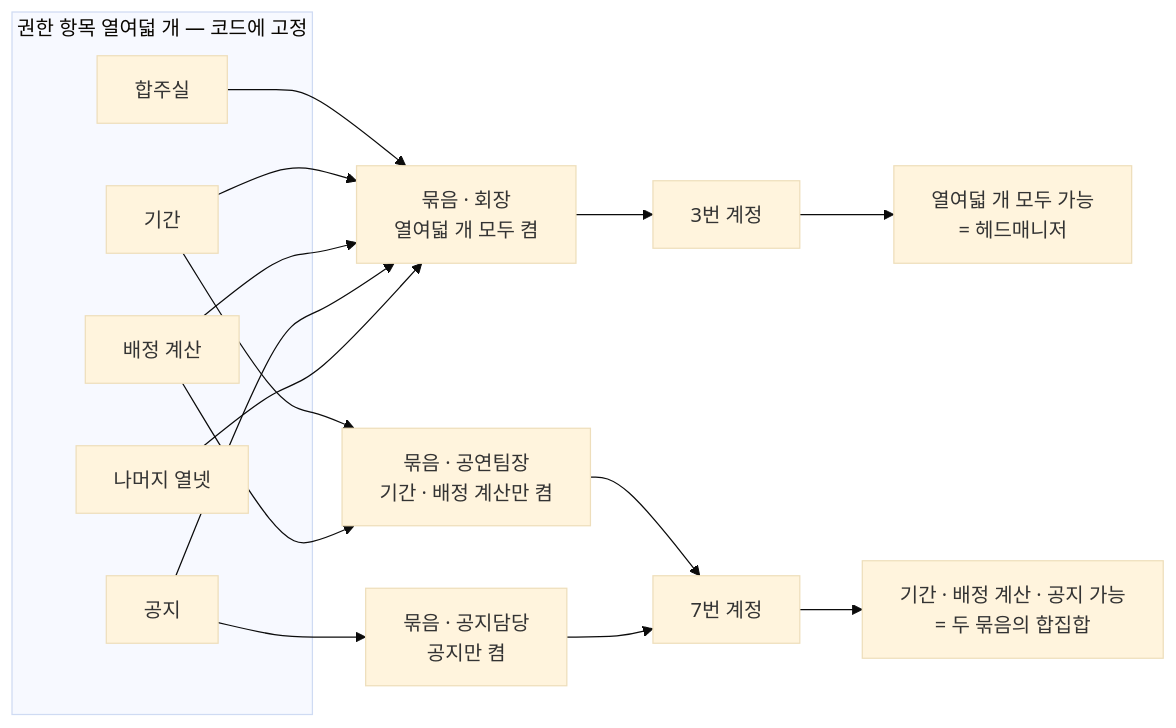
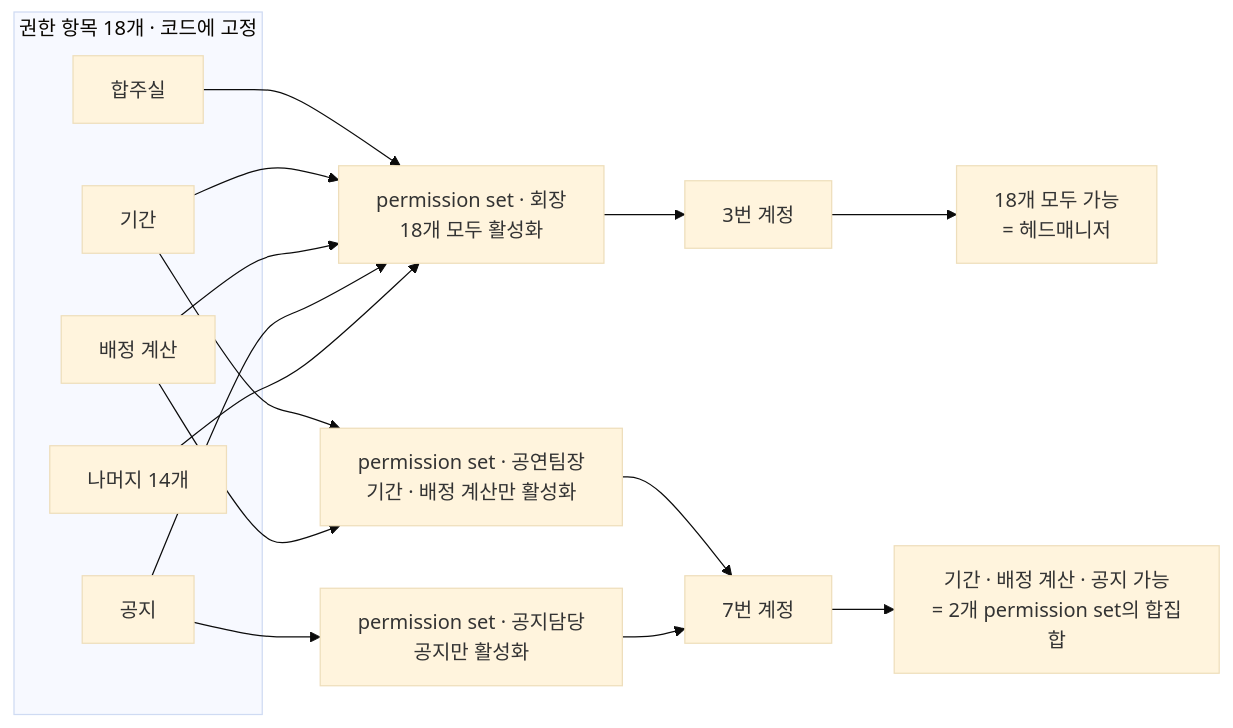
The third of 4 diagrams in .cluedoc/accounts-and-roles/README.md (minkong-dev/Banblit), drawn with Mermaid (base theme) before and after one commit. The commit also changed other lines of this file and 188 other files, not shown here.

````diff
--- a/.cluedoc/accounts-and-roles/README.md
+++ b/.cluedoc/accounts-and-roles/README.md
@@ -324,23 +324,23 @@
 ```mermaid
 flowchart LR
-    subgraph I[권한 항목 열여덟 개 — 코드에 고정]
+    subgraph I[권한 항목 18개 · 코드에 고정]
         A1[합주실]
         A2[기간]
         A3[배정 계산]
         A4[공지]
-        A5[나머지 열넷]
+        A5[나머지 14개]
     end
     A1 --> B1
     A2 --> B1
     A3 --> B1
     A4 --> B1
     A5 --> B1
     A2 --> B2
     A3 --> B2
     A4 --> B3
-    B1[묶음 · 회장<br/>열여덟 개 모두 켬] --> M1[3번 계정]
-    B2[묶음 · 공연팀장<br/>기간 · 배정 계산만 켬] --> M2[7번 계정]
-    B3[묶음 · 공지담당<br/>공지만 켬] --> M2
-    M1 --> R1[열여덟 개 모두 가능<br/>= 헤드매니저]
-    M2 --> R2[기간 · 배정 계산 · 공지 가능<br/>= 두 묶음의 합집합]
+    B1[permission set · 회장<br/>18개 모두 활성화] --> M1[3번 계정]
+    B2[permission set · 공연팀장<br/>기간 · 배정 계산만 활성화] --> M2[7번 계정]
+    B3[permission set · 공지담당<br/>공지만 활성화] --> M2
+    M1 --> R1[18개 모두 가능<br/>= 헤드매니저]
+    M2 --> R2[기간 · 배정 계산 · 공지 가능<br/>= 2개 permission set의 합집합]
 ```
````
